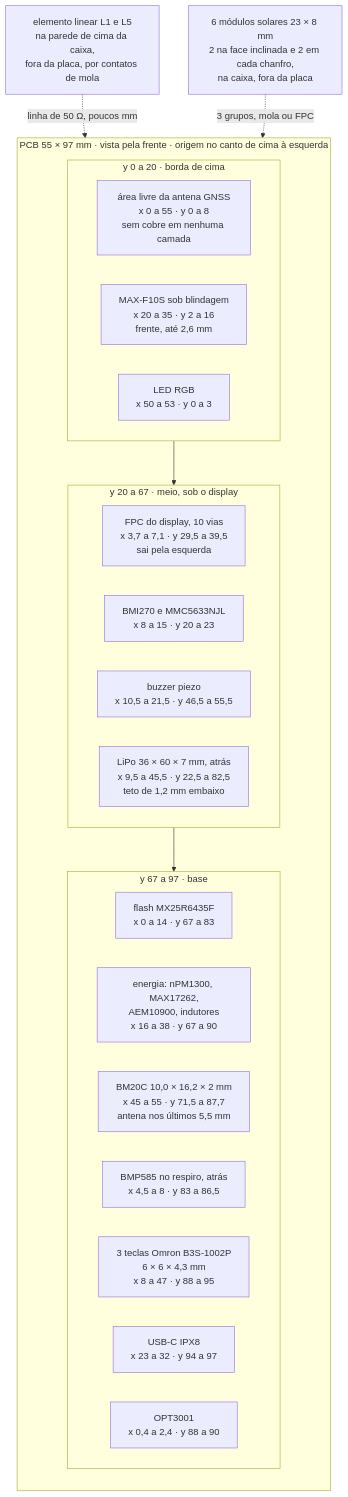
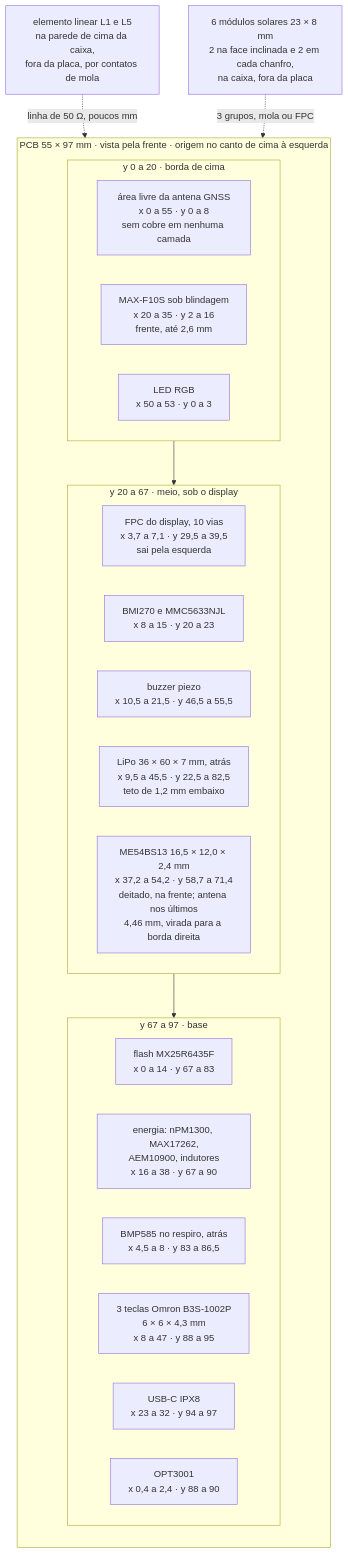
Before and after one commit to Guiimartinho/gnss-bike-computer: the second of 3 diagrams in hardware_gnssbike/04-pcb-e-caixa.md, drawn with Mermaid. The commit also changed other lines of this file and 11 other files, not shown here.

````diff
--- a/hardware_gnssbike/04-pcb-e-caixa.md
+++ b/hardware_gnssbike/04-pcb-e-caixa.md
@@ -302,32 +335,32 @@
 ```mermaid
 flowchart TB
     subgraph PCB["PCB 55 × 97 mm · vista pela frente · origem no canto de cima à esquerda"]
         direction TB
         subgraph Y1["y 0 a 20 · borda de cima"]
             direction LR
             A1["área livre da antena GNSS<br/>x 0 a 55 · y 0 a 8<br/>sem cobre em nenhuma camada"]
             A2["MAX-F10S sob blindagem<br/>x 20 a 35 · y 2 a 16<br/>frente, até 2,6 mm"]
             A3["LED RGB<br/>x 50 a 53 · y 0 a 3"]
         end
         subgraph Y2["y 20 a 67 · meio, sob o display"]
             direction LR
             B1["FPC do display, 10 vias<br/>x 3,7 a 7,1 · y 29,5 a 39,5<br/>sai pela esquerda"]
             B2["BMI270 e MMC5633NJL<br/>x 8 a 15 · y 20 a 23"]
             B3["buzzer piezo<br/>x 10,5 a 21,5 · y 46,5 a 55,5"]
             B4["LiPo 36 × 60 × 7 mm, atrás<br/>x 9,5 a 45,5 · y 22,5 a 82,5<br/>teto de 1,2 mm embaixo"]
+            B5["ME54BS13 16,5 × 12,0 × 2,4 mm<br/>x 37,2 a 54,2 · y 58,7 a 71,4<br/>deitado, na frente; antena nos últimos<br/>4,46 mm, virada para a borda direita"]
         end
         subgraph Y3["y 67 a 97 · base"]
             direction LR
             C1["flash MX25R6435F<br/>x 0 a 14 · y 67 a 83"]
             C2["energia: nPM1300, MAX17262,<br/>AEM10900, indutores<br/>x 16 a 38 · y 67 a 90"]
-            C3["BM20C 10,0 × 16,2 × 2 mm<br/>x 45 a 55 · y 71,5 a 87,7<br/>antena nos últimos 5,5 mm"]
             C4["BMP585 no respiro, atrás<br/>x 4,5 a 8 · y 83 a 86,5"]
             C5["3 teclas Omron B3S-1002P<br/>6 × 6 × 4,3 mm<br/>x 8 a 47 · y 88 a 95"]
             C6["USB-C IPX8<br/>x 23 a 32 · y 94 a 97"]
             C7["OPT3001<br/>x 0,4 a 2,4 · y 88 a 90"]
         end
     end
     ANT["elemento linear L1 e L5<br/>na parede de cima da caixa,<br/>fora da placa, por contatos de mola"] -.->|"linha de 50 Ω, poucos mm"| A2
     Y1 --> Y2 --> Y3
     PV["6 módulos solares 23 × 8 mm<br/>2 na face inclinada e 2 em cada chanfro,<br/>na caixa, fora da placa"] -.->|"3 grupos, mola ou FPC"| C2
 ```
````
